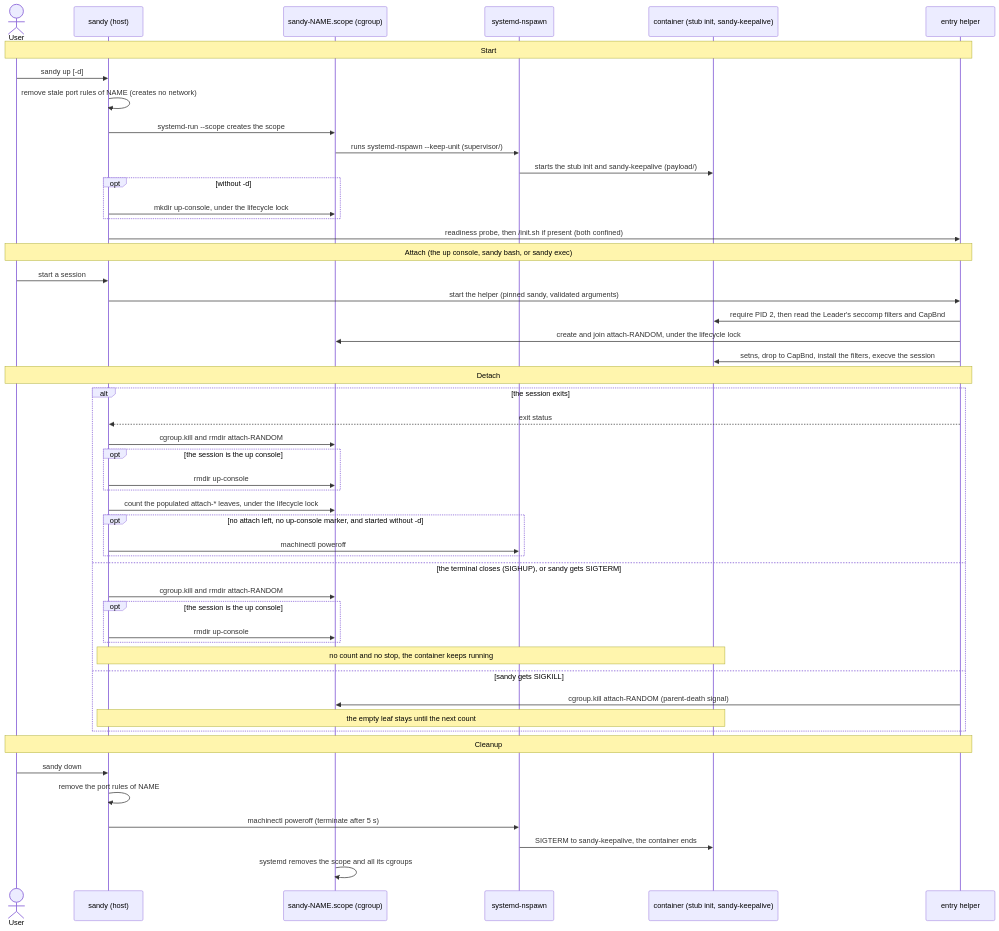
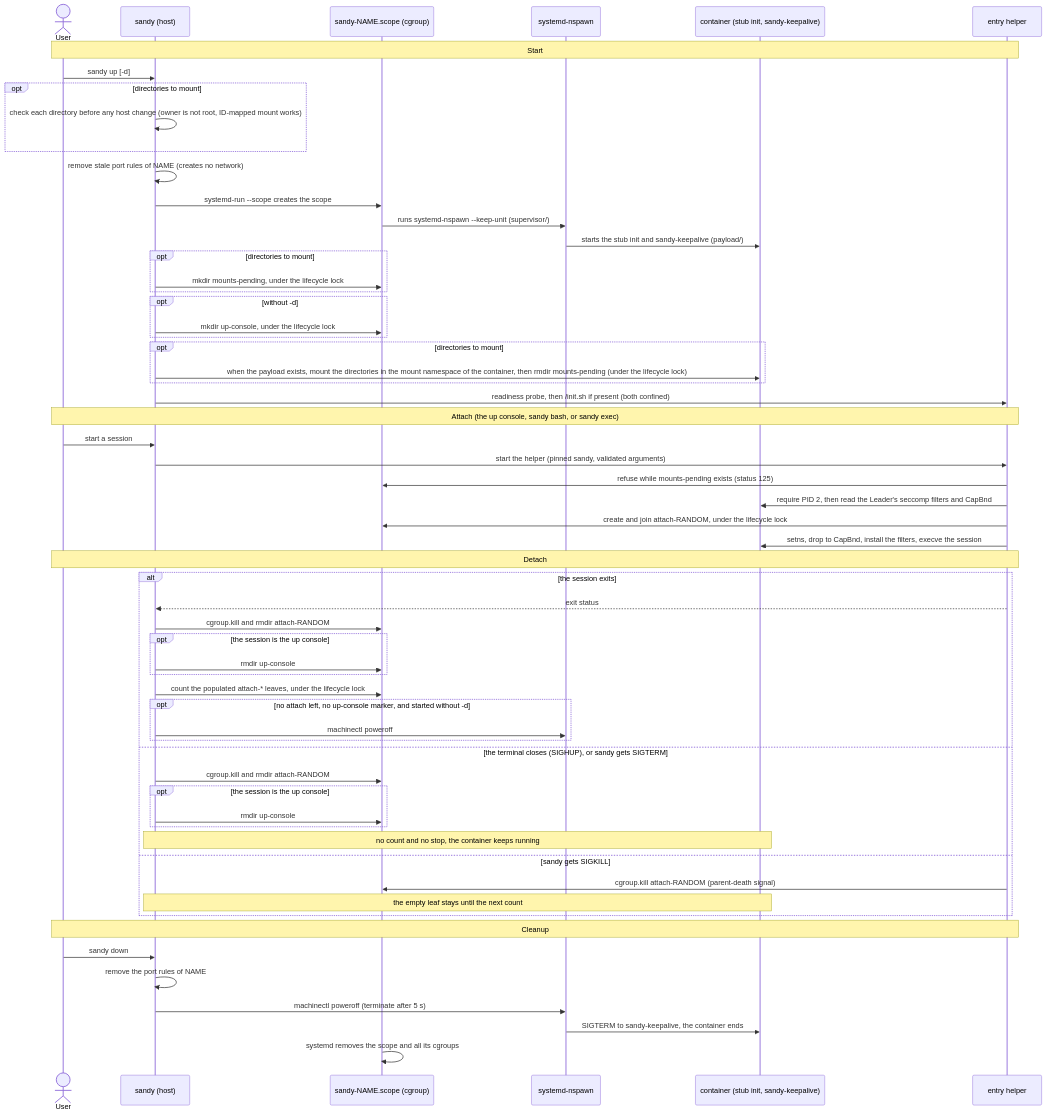
Before and after one commit to jdstrand/sandy: the diagram in README.md, drawn with Mermaid. The commit also changed other lines of this file and 11 other files, not shown here.

First line of the commit message:
fix: mount the workspace with the host owner mapped to the image user

````diff
--- a/README.md
+++ b/README.md
@@ -286,56 +535,66 @@
 ```mermaid
 sequenceDiagram
     actor U as User
     participant S as sandy (host)
     participant C as sandy-NAME.scope (cgroup)
     participant N as systemd-nspawn
     participant K as container (stub init, sandy-keepalive)
     participant H as entry helper
 
     Note over U,H: Start
     U->>S: sandy up [-d]
+    opt directories to mount
+        S->>S: check each directory before any host change (owner is not root, ID-mapped mount works)
+    end
     S->>S: remove stale port rules of NAME (creates no network)
     S->>C: systemd-run --scope creates the scope
     C->>N: runs systemd-nspawn --keep-unit (supervisor/)
     N->>K: starts the stub init and sandy-keepalive (payload/)
+    opt directories to mount
+        S->>C: mkdir mounts-pending, under the lifecycle lock
+    end
     opt without -d
         S->>C: mkdir up-console, under the lifecycle lock
+    end
+    opt directories to mount
+        S->>K: when the payload exists, mount the directories in the mount namespace of the container, then rmdir mounts-pending (under the lifecycle lock)
     end
     S->>H: readiness probe, then /init.sh if present (both confined)
 
     Note over U,H: Attach (the up console, sandy bash, or sandy exec)
     U->>S: start a session
     S->>H: start the helper (pinned sandy, validated arguments)
+    H->>C: refuse while mounts-pending exists (status 125)
     H->>K: require PID 2, then read the Leader's seccomp filters and CapBnd
     H->>C: create and join attach-RANDOM, under the lifecycle lock
     H->>K: setns, drop to CapBnd, install the filters, execve the session
 
     Note over U,H: Detach
     alt the session exits
         H-->>S: exit status
         S->>C: cgroup.kill and rmdir attach-RANDOM
         opt the session is the up console
             S->>C: rmdir up-console
         end
         S->>C: count the populated attach-* leaves, under the lifecycle lock
         opt no attach left, no up-console marker, and started without -d
             S->>N: machinectl poweroff
         end
     else the terminal closes (SIGHUP), or sandy gets SIGTERM
         S->>C: cgroup.kill and rmdir attach-RANDOM
         opt the session is the up console
             S->>C: rmdir up-console
         end
         Note over S,K: no count and no stop, the container keeps running
     else sandy gets SIGKILL
         H->>C: cgroup.kill attach-RANDOM (parent-death signal)
         Note over S,K: the empty leaf stays until the next count
     end
 
     Note over U,H: Cleanup
     U->>S: sandy down
     S->>S: remove the port rules of NAME
     S->>N: machinectl poweroff (terminate after 5 s)
     N->>K: SIGTERM to sandy-keepalive, the container ends
     C->>C: systemd removes the scope and all its cgroups
 ```
````
